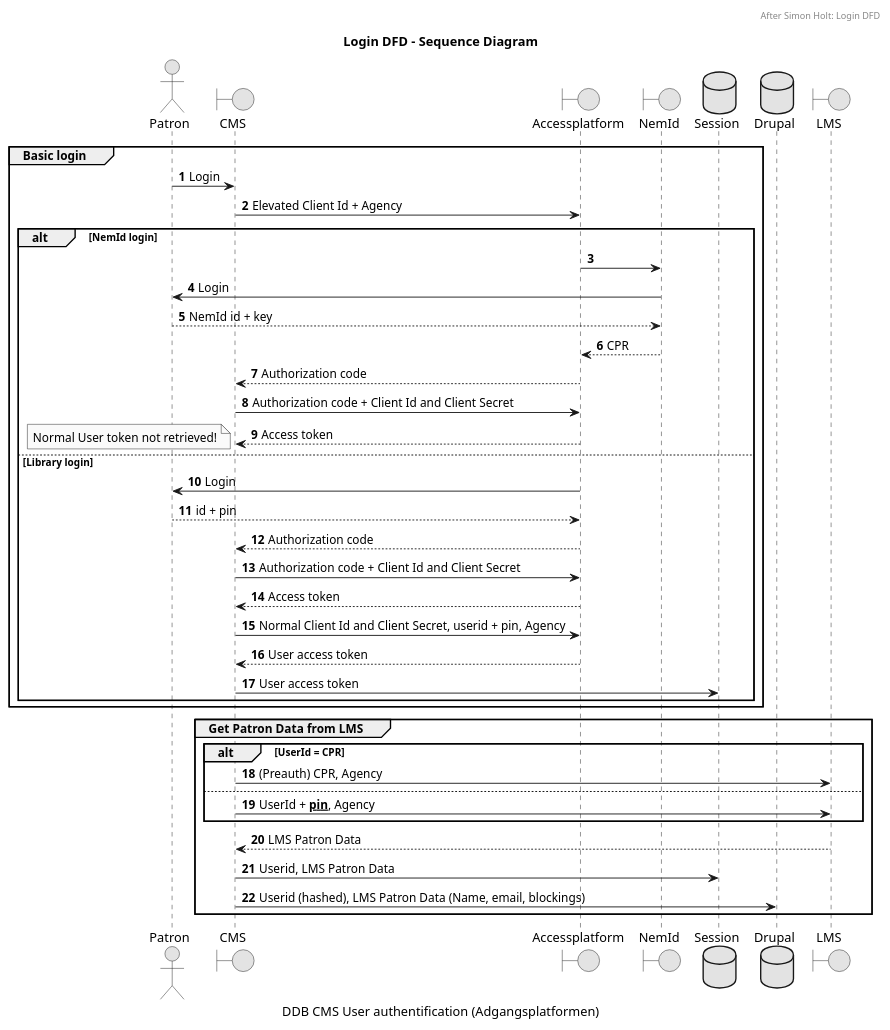
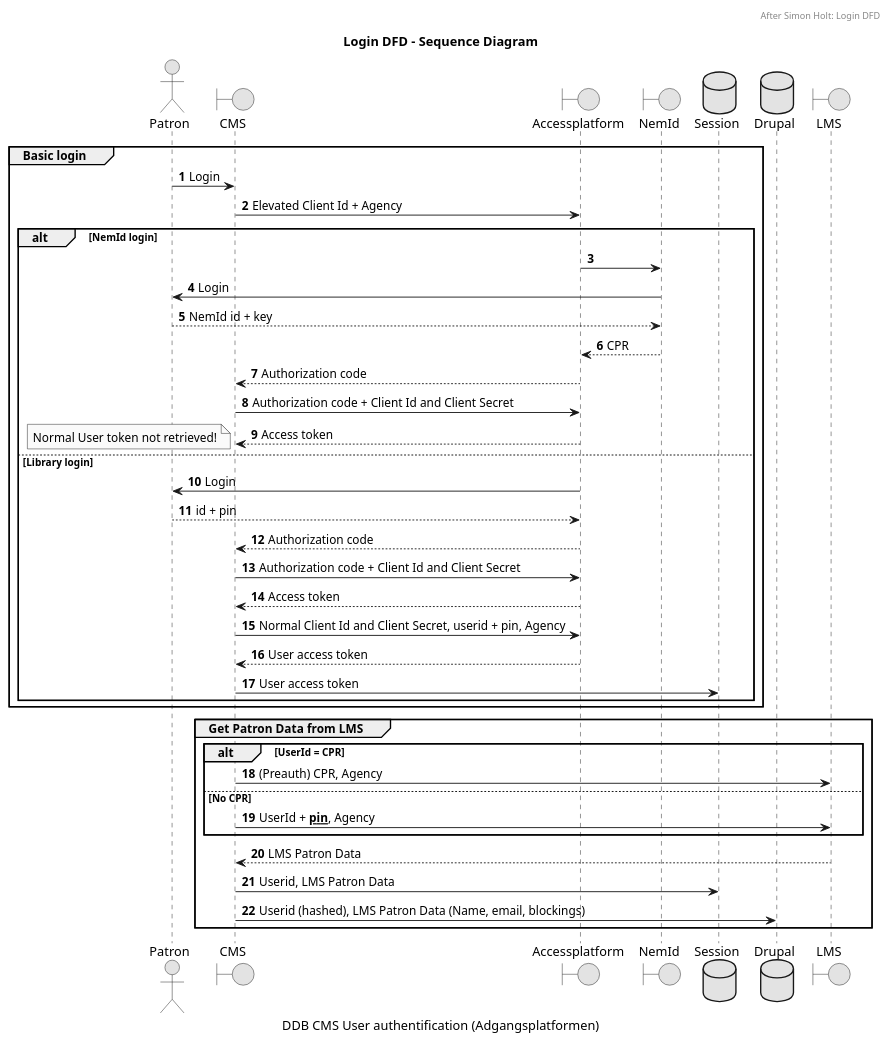
The diagram in docs/sso/login-dfd.puml (danskernesdigitalebibliotek/plantuml), drawn with PlantUML before and after one commit.

Commit message:
Update login-dfd.puml
No cpr note

```diff
--- a/docs/sso/login-dfd.puml
+++ b/docs/sso/login-dfd.puml
@@ -1,61 +1,61 @@
 @startuml
 title Login DFD - Sequence Diagram
 header After Simon Holt: Login DFD
 caption DDB CMS User authentification (Adgangsplatformen)
 
 ' Skinparams '
 skinparam monochrome true
 autonumber
 
 actor "Patron" as USER
 boundary CMS
 boundary Accessplatform as AP
 boundary NemId as NEMID
 'control "Shopping Cart" as SC
 database "Session" as SESSION
 database "Drupal" as DRUPAL
 boundary LMS
 '"Library\nManagemt\nSystem" as LMS
 
 
 group Basic login
 
     USER -> CMS: Login
     CMS -> AP: Elevated Client Id + Agency
     
     alt NemId login
         AP -> NEMID:
         NEMID -> USER: Login
         NEMID <-- USER: NemId id + key
         AP <-- NEMID: CPR
         CMS <-- AP: Authorization code
         CMS -> AP:  Authorization code + Client Id and Client Secret
         CMS <-- AP: Access token
         note left 
             Normal User token not retrieved!
         end note
     else Library login
         AP -> USER: Login
         AP  <-- USER: id + pin
         CMS <-- AP: Authorization code
         CMS -> AP:  Authorization code + Client Id and Client Secret
         CMS <-- AP: Access token
         CMS -> AP:  Normal Client Id and Client Secret, userid + pin, Agency
         CMS <-- AP: User access token
         CMS -> SESSION: User access token
     
     end
 end
 
 group Get Patron Data from LMS
     alt UserId = CPR
         CMS -> LMS: (Preauth) CPR, Agency
-    else
+    else No CPR
         CMS -> LMS: UserId + **~~pin~~**, Agency
     end
     CMS <-- LMS: LMS Patron Data
     CMS -> SESSION: Userid, LMS Patron Data
     CMS -> DRUPAL: Userid (hashed), LMS Patron Data (Name, email, blockings)
 end
 
 @enduml
```
